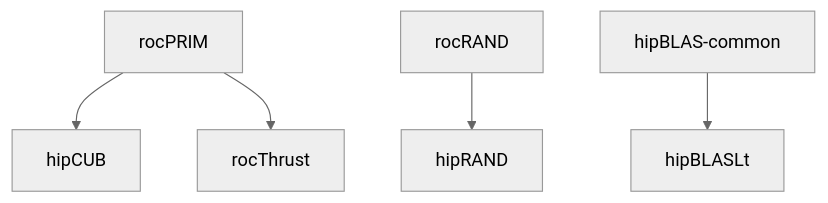
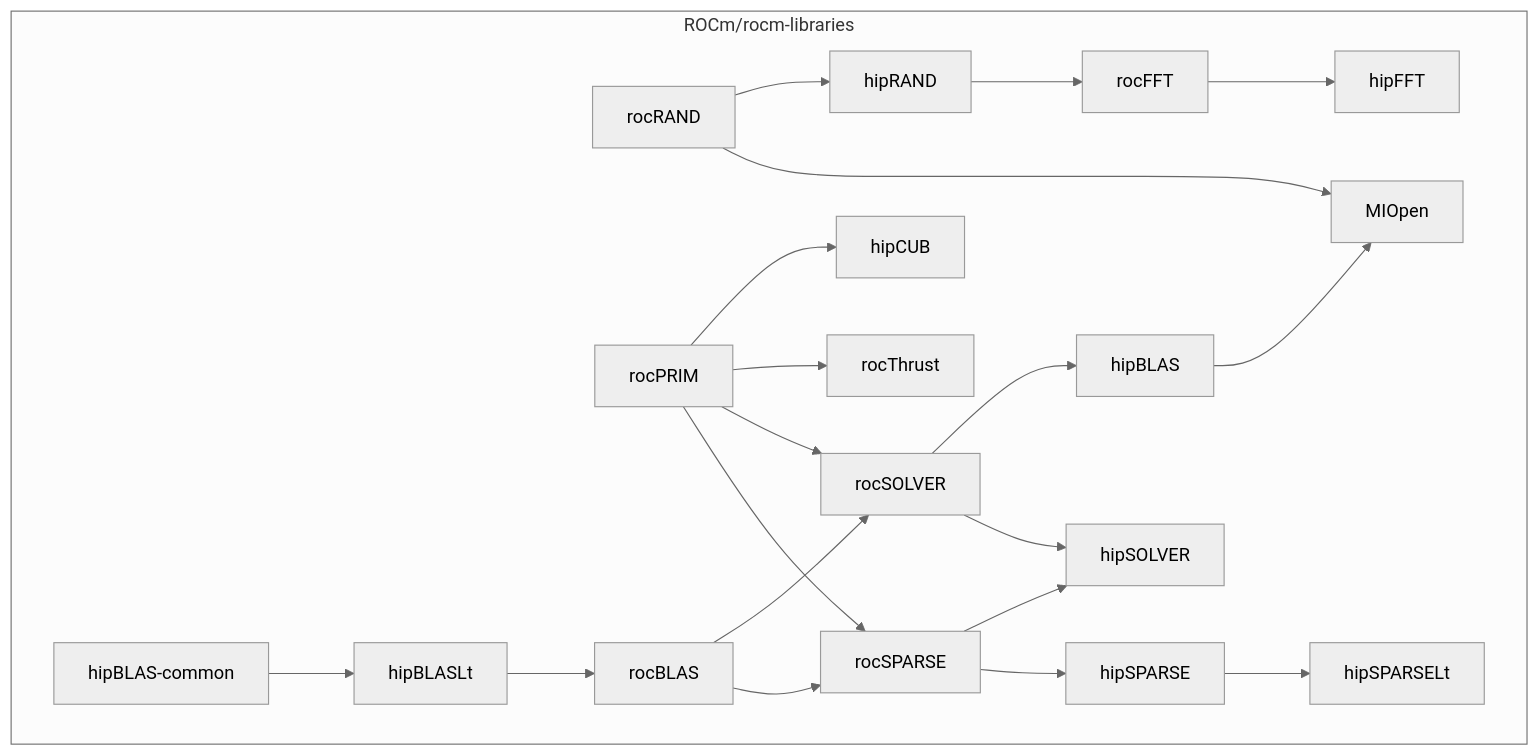
Before and after one commit to klin2024/rocm-libraries: the diagram in docs/continuous-integration.md, drawn with Mermaid (neutral theme). The commit also changed other lines of this file, not shown here.

Commit message:
[docs] update Azure CI docs (#945)

````diff
--- a/docs/continuous-integration.md
+++ b/docs/continuous-integration.md
@@ -94,7 +82,41 @@
 ```mermaid
 graph TD;
-  rocPRIM-->hipCUB;
-  rocPRIM-->rocThrust;
-  rocRAND-->hipRAND;
+  subgraph ROCm/rocm-libraries
+    rocRAND
+    hipRAND
+    rocFFT
+    hipFFT
+    rocPRIM
+    hipCUB
+    rocThrust
+    hipBLAS-common
+    hipBLASLt
+    rocBLAS
+    rocSOLVER
+    rocSPARSE
+    hipBLAS
+    hipSOLVER
+    hipSPARSE
+    MIOpen
+    hipSPARSELt
+  end
+
+  rocRAND-->hipRAND
+  rocRAND-->MIOpen
+  hipRAND-->rocFFT
+  rocFFT-->hipFFT
+  rocPRIM-->hipCUB
+  rocPRIM-->rocThrust
+  rocPRIM-->rocSOLVER
+  rocPRIM-->rocSPARSE
   hipBLAS-common-->hipBLASLt
+  hipBLASLt-->rocBLAS
+  rocBLAS-->rocSOLVER
+  rocBLAS-->rocSPARSE
+  rocSOLVER-->hipBLAS
+  rocSOLVER-->hipSOLVER
+  rocSPARSE-->hipSOLVER
+  rocSPARSE-->hipSPARSE
+  hipBLAS-->MIOpen
+  hipSPARSE-->hipSPARSELt
 ```
````
